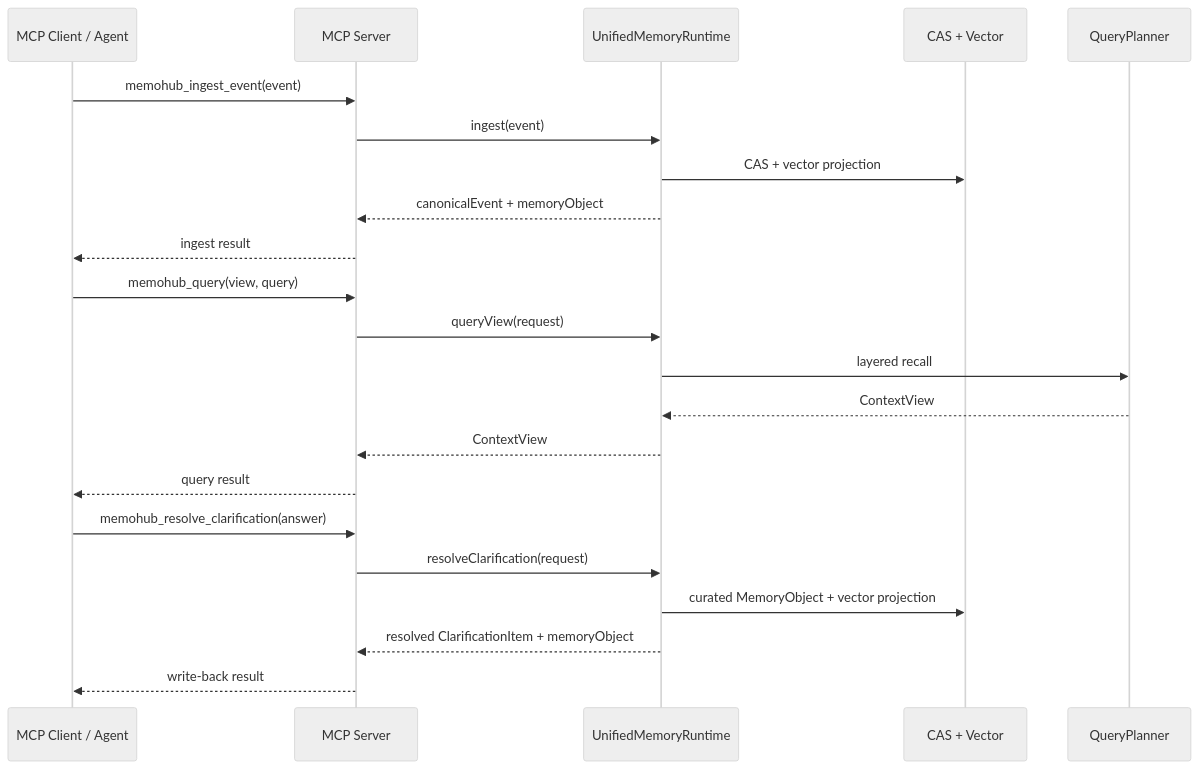
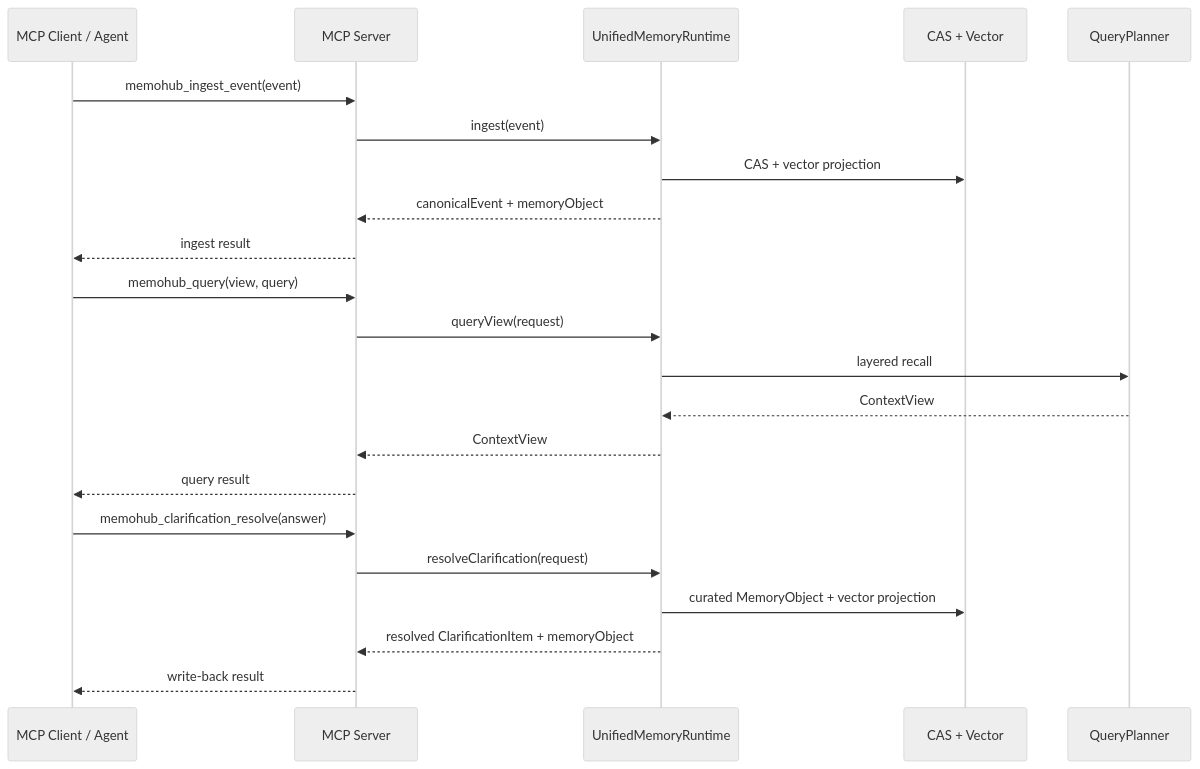
One commit to embaobao/memo-hub changed the diagram in docs/integration/mcp-integration.md. Above: the diagram before and after it, drawn with Mermaid (neutral theme). The commit also changed other lines of this file and 78 other files, not shown here.

Commit message:
refactor cli mcp governance and onboarding flow

````diff
--- a/docs/integration/mcp-integration.md
+++ b/docs/integration/mcp-integration.md
@@ -96,27 +103,27 @@
 ```mermaid
 sequenceDiagram
     participant Agent as MCP Client / Agent
     participant MCP as MCP Server
     participant Runtime as UnifiedMemoryRuntime
     participant Store as CAS + Vector
     participant Planner as QueryPlanner
 
     Agent->>MCP: memohub_ingest_event(event)
     MCP->>Runtime: ingest(event)
     Runtime->>Store: CAS + vector projection
     Runtime-->>MCP: canonicalEvent + memoryObject
     MCP-->>Agent: ingest result
 
     Agent->>MCP: memohub_query(view, query)
     MCP->>Runtime: queryView(request)
     Runtime->>Planner: layered recall
     Planner-->>Runtime: ContextView
     Runtime-->>MCP: ContextView
     MCP-->>Agent: query result
 
-    Agent->>MCP: memohub_resolve_clarification(answer)
+    Agent->>MCP: memohub_clarification_resolve(answer)
     MCP->>Runtime: resolveClarification(request)
     Runtime->>Store: curated MemoryObject + vector projection
     Runtime-->>MCP: resolved ClarificationItem + memoryObject
     MCP-->>Agent: write-back result
 ```
````
